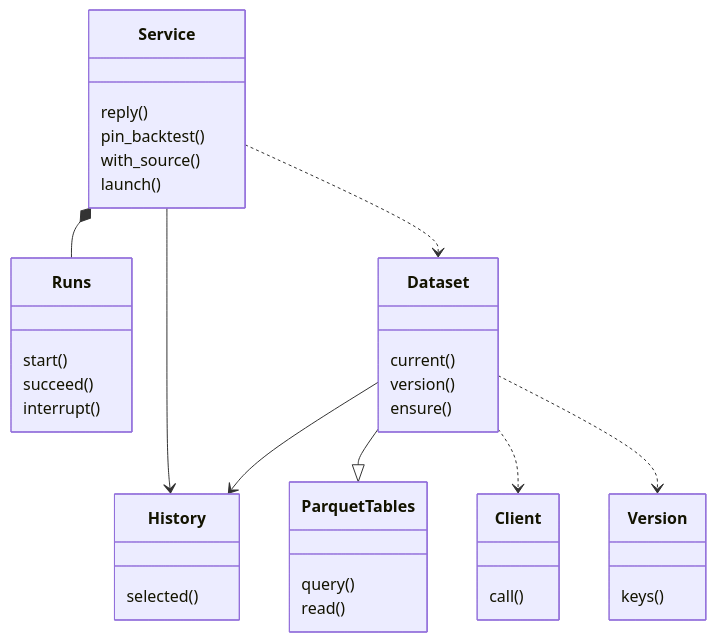
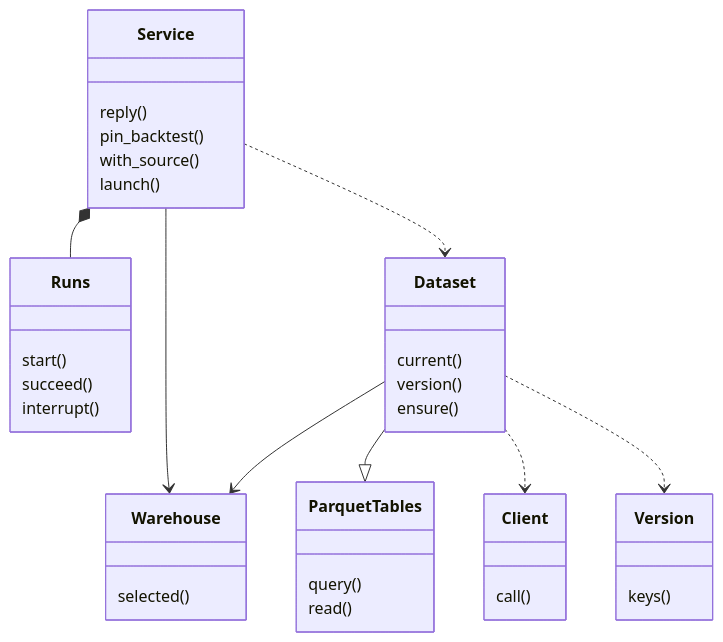
The second of 3 diagrams in docs/lab/architecture.md (isqiwen/asterion-terminal), drawn with Mermaid before and after one commit. The commit also changed other lines of this file and 329 other files, not shown here.

````diff
--- a/docs/lab/architecture.md
+++ b/docs/lab/architecture.md
@@ -33,39 +33,39 @@
 ```mermaid
 classDiagram
     class Service {
         reply()
         pin_backtest()
         with_source()
         launch()
     }
     class Runs {
         start()
         succeed()
         interrupt()
     }
-    class History {
+    class Warehouse {
         selected()
     }
     class Dataset {
         current()
         version()
         ensure()
     }
     class Client {
         call()
     }
     class Version {
         keys()
     }
     class ParquetTables {
         query()
         read()
     }
     Service *-- Runs
-    Service --> History
+    Service --> Warehouse
     Service ..> Dataset
     Dataset --|> ParquetTables
-    Dataset --> History
+    Dataset --> Warehouse
     Dataset ..> Client
     Dataset ..> Version
 ```
````
